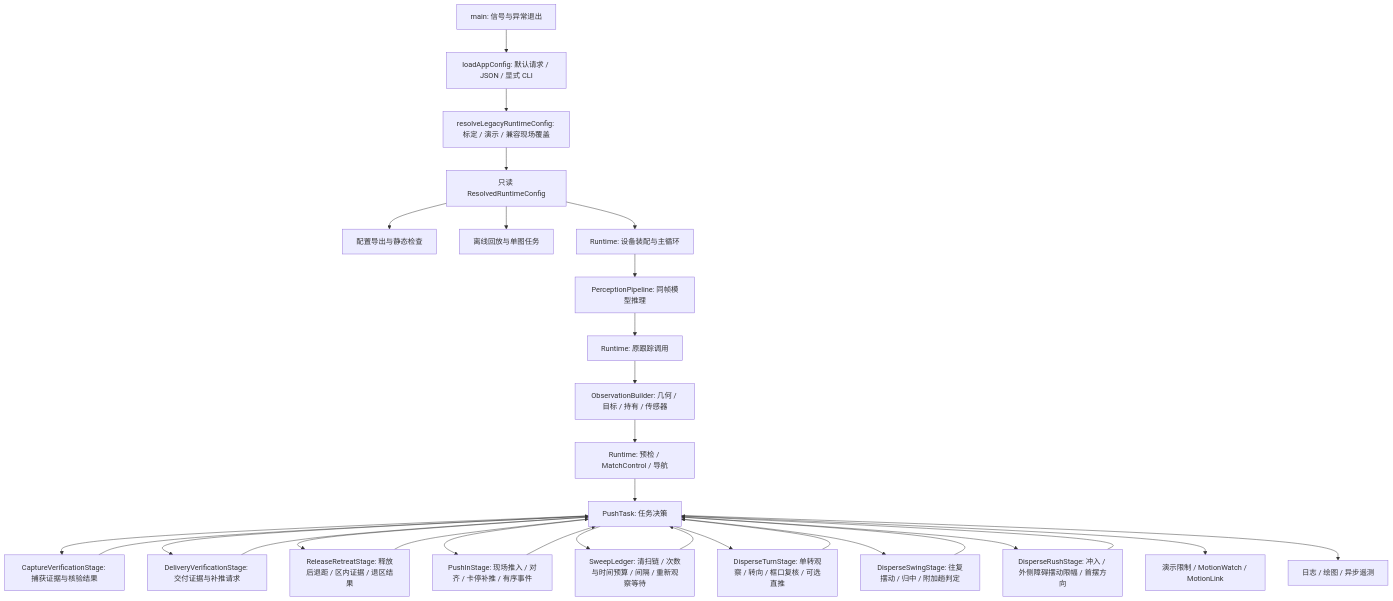
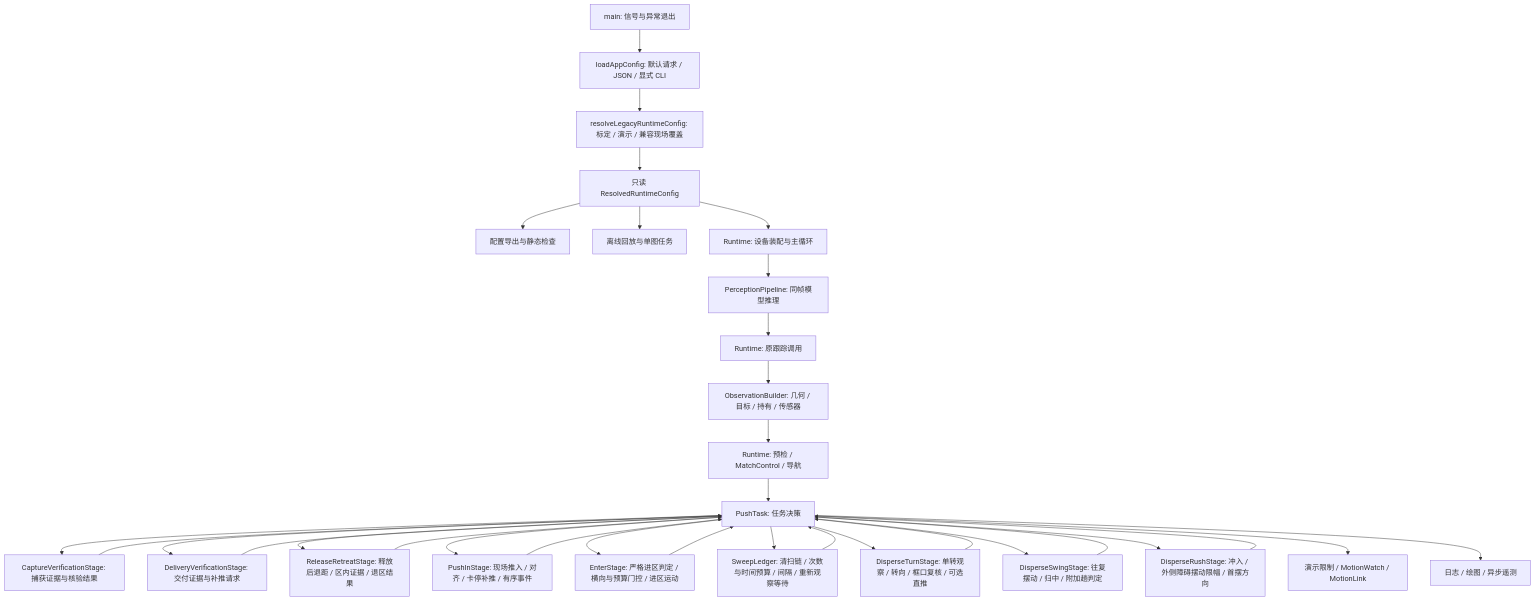
The diagram in docs/ARCHITECTURE.md (zhefu-666/ds_innovation), drawn with Mermaid before and after one commit. The commit also changed other lines of this file and 7 other files, not shown here.

First line of the commit message:
refactor(task): extract strict enter stage from push task

````diff
--- a/docs/ARCHITECTURE.md
+++ b/docs/ARCHITECTURE.md
@@ -5,32 +5,34 @@
 ```mermaid
 flowchart TD
     Main[main: 信号与异常退出] --> Load[loadAppConfig: 默认请求 / JSON / 显式 CLI]
     Load --> Resolve[resolveLegacyRuntimeConfig: 标定 / 演示 / 兼容现场覆盖]
     Resolve --> Frozen[只读 ResolvedRuntimeConfig]
     Frozen --> Static[配置导出与静态检查]
     Frozen --> Offline[离线回放与单图任务]
     Frozen --> Runtime[Runtime: 设备装配与主循环]
     Runtime --> Perception[PerceptionPipeline: 同帧模型推理]
     Perception --> Tracking[Runtime: 原跟踪调用]
     Tracking --> Observation[ObservationBuilder: 几何 / 目标 / 持有 / 传感器]
     Observation --> Permit[Runtime: 预检 / MatchControl / 导航]
     Permit --> Task[PushTask: 任务决策]
     Task --> Capture[CaptureVerificationStage: 捕获证据与核验结果]
     Capture --> Task
     Task --> Delivery[DeliveryVerificationStage: 交付证据与补推请求]
     Delivery --> Task
     Task --> Retreat[ReleaseRetreatStage: 释放后退距 / 区内证据 / 退区结果]
     Retreat --> Task
     Task --> PushIn[PushInStage: 现场推入 / 对齐 / 卡停补推 / 有序事件]
     PushIn --> Task
+    Task --> Enter[EnterStage: 严格进区判定 / 横向与预算门控 / 进区运动]
+    Enter --> Task
     Task --> Sweep[SweepLedger: 清扫链 / 次数与时间预算 / 间隔 / 重新观察等待]
     Sweep --> Task
     Task --> Turn[DisperseTurnStage: 单转观察 / 转向 / 框口复核 / 可选直推]
     Task --> Swing[DisperseSwingStage: 往复摆动 / 归中 / 附加趟判定]
     Task --> Rush[DisperseRushStage: 冲入 / 外侧障碍摆动限幅 / 首摆方向]
     Turn --> Task
     Swing --> Task
     Rush --> Task
     Task --> Link[演示限制 / MotionWatch / MotionLink]
     Task --> Telemetry[日志 / 绘图 / 异步遥测]
 ```
````
